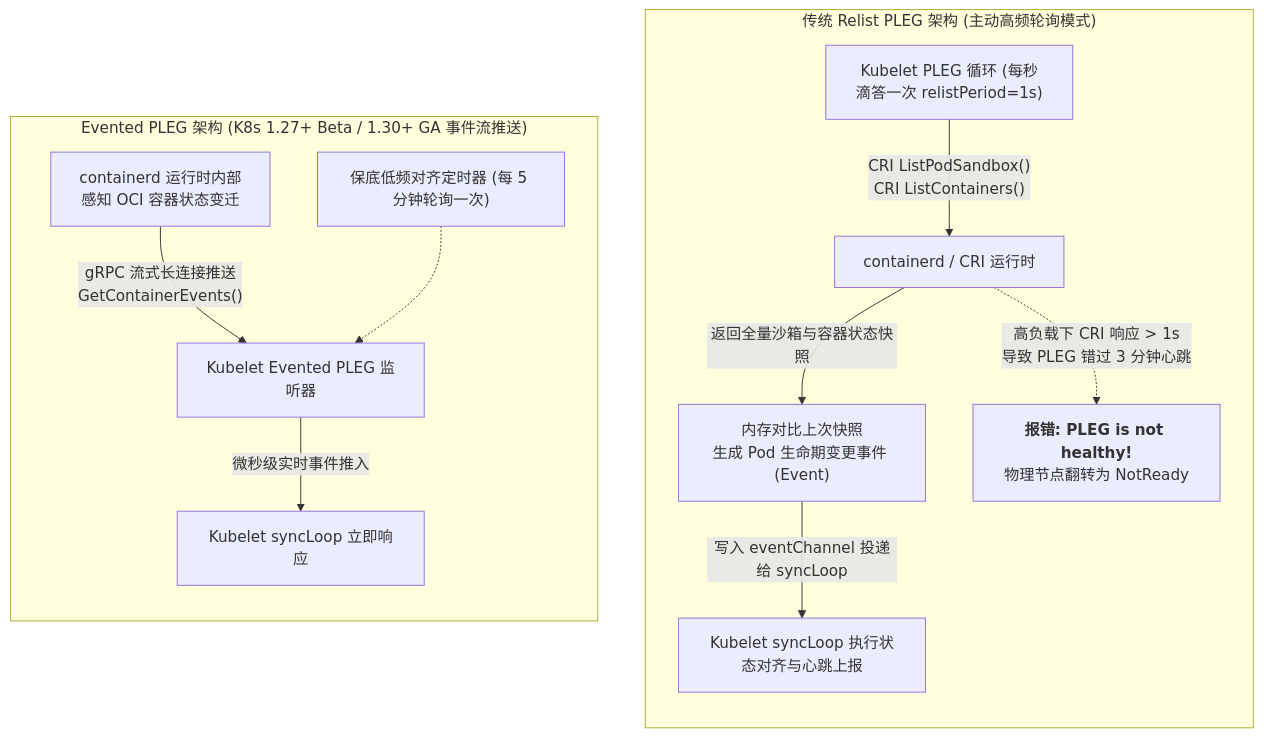
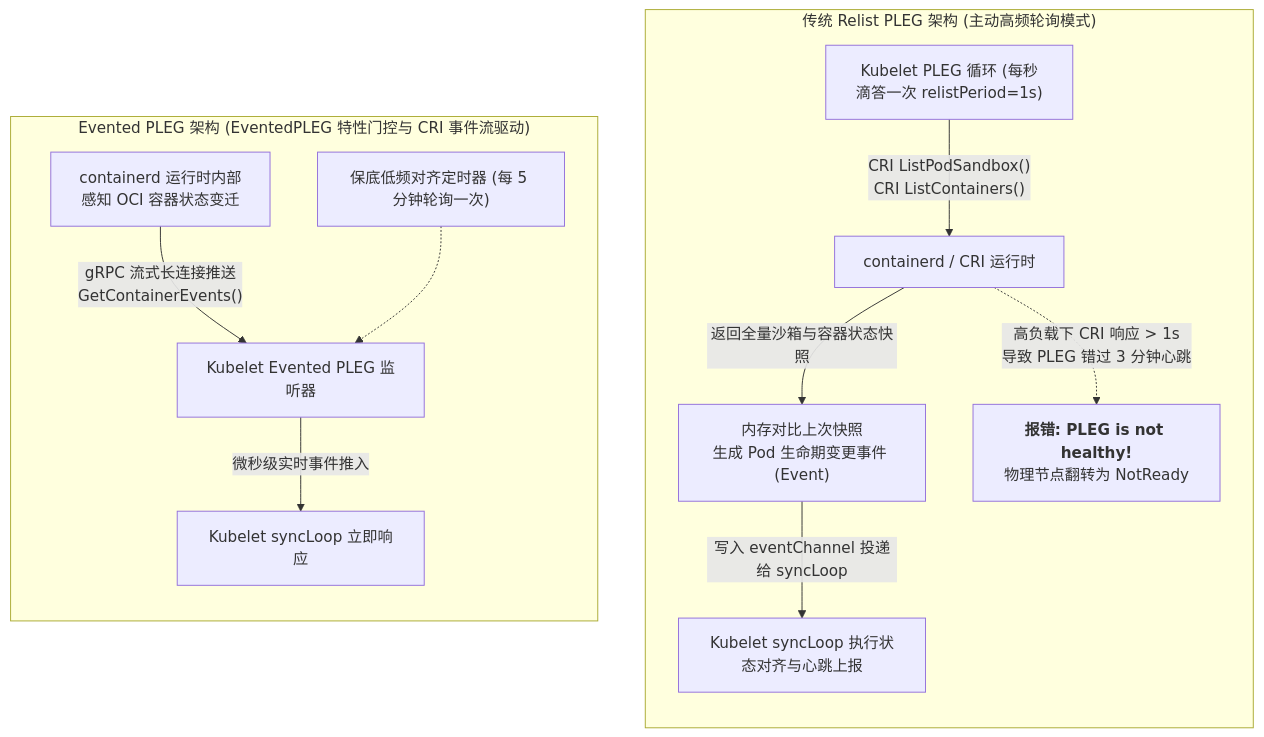
The first of 3 diagrams in content/zh/articles/k8s-runtime-nri-kata-gvisor-kernel-tuning.md (ifnodoraemon/ifnodoraemon.github.io), drawn with Mermaid before and after one commit. The commit also changed other lines of this file and 51 other files, not shown here.

````diff
--- a/content/zh/articles/k8s-runtime-nri-kata-gvisor-kernel-tuning.md
+++ b/content/zh/articles/k8s-runtime-nri-kata-gvisor-kernel-tuning.md
@@ -48,17 +48,17 @@
 ```mermaid
 flowchart TD
     subgraph TraditionalPLEG["传统 Relist PLEG 架构 (主动高频轮询模式)"]
         direction TB
         T1["Kubelet PLEG 循环 (每秒滴答一次 relistPeriod=1s)"] -->|"CRI ListPodSandbox()<br/>CRI ListContainers()"| T2["containerd / CRI 运行时"]
         T2 -->|"返回全量沙箱与容器状态快照"| T3["内存对比上次快照<br/>生成 Pod 生命期变更事件 (Event)"]
         T3 -->|"写入 eventChannel 投递给 syncLoop"| T4["Kubelet syncLoop 执行状态对齐与心跳上报"]
         T2 -.->|"高负载下 CRI 响应 > 1s<br/>导致 PLEG 错过 3 分钟心跳"| T5["<b>报错: PLEG is not healthy!</b><br/>物理节点翻转为 NotReady"]
     end
 
-    subgraph EventedPLEG["Evented PLEG 架构 (K8s 1.27+ Beta / 1.30+ GA 事件流推送)"]
+    subgraph EventedPLEG["Evented PLEG 架构 (EventedPLEG 特性门控与 CRI 事件流驱动)"]
         direction TB
         E1["containerd 运行时内部<br/>感知 OCI 容器状态变迁"] -->|"gRPC 流式长连接推送<br/>GetContainerEvents()"| E2["Kubelet Evented PLEG 监听器"]
         E2 -->|"微秒级实时事件推入"| E3["Kubelet syncLoop 立即响应"]
         E4["保底低频对齐定时器 (每 5 分钟轮询一次)"] -.-> E2
     end
 ```
````
